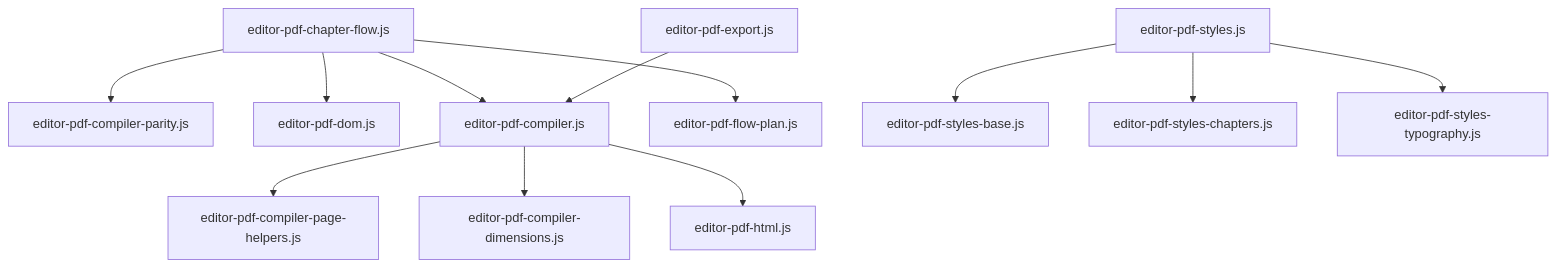
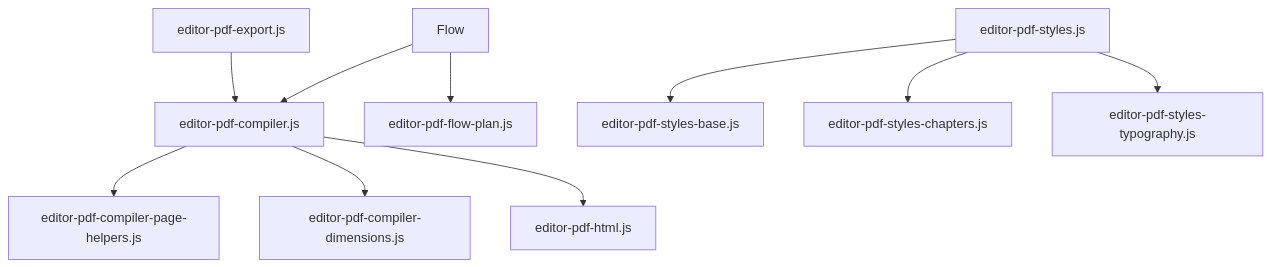
One commit to npavezibarra/almaden-bookster changed the diagram in assets/js/pdf/README.md. Above: the diagram before and after it, drawn with Mermaid. The commit also changed other lines of this file and 13 other files, not shown here.

````diff
--- a/assets/js/pdf/README.md
+++ b/assets/js/pdf/README.md
@@ -11,16 +11,14 @@
 ```mermaid
 graph TD
-    Flow[editor-pdf-chapter-flow.js] --> Parity[editor-pdf-compiler-parity.js]
-    Flow --> DOMFactory[editor-pdf-dom.js]
     Flow --> Compiler[editor-pdf-compiler.js]
     Flow --> FlowPlan[editor-pdf-flow-plan.js]
     Compiler --> PageHelpers[editor-pdf-compiler-page-helpers.js]
     Compiler --> Dimensions[editor-pdf-compiler-dimensions.js]
     Compiler --> HTMLProc[editor-pdf-html.js]
     
     Styles[editor-pdf-styles.js] --> StylesBase[editor-pdf-styles-base.js]
     Styles --> StylesChapters[editor-pdf-styles-chapters.js]
     Styles --> StylesTypos[editor-pdf-styles-typography.js]
     
     Export[editor-pdf-export.js] --> Compiler
 ```
````
